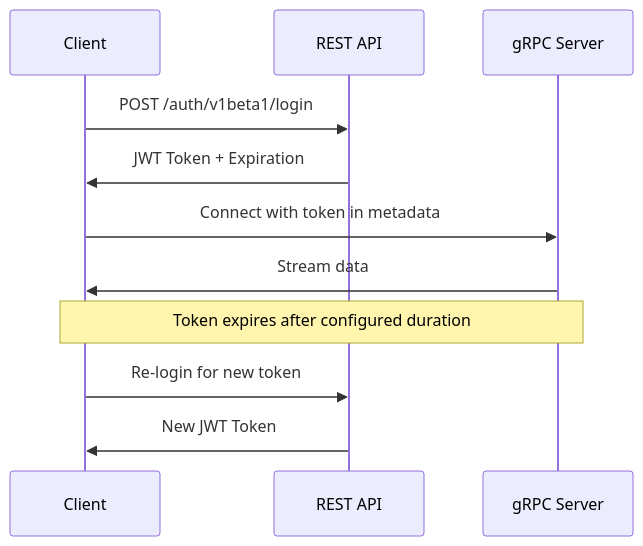
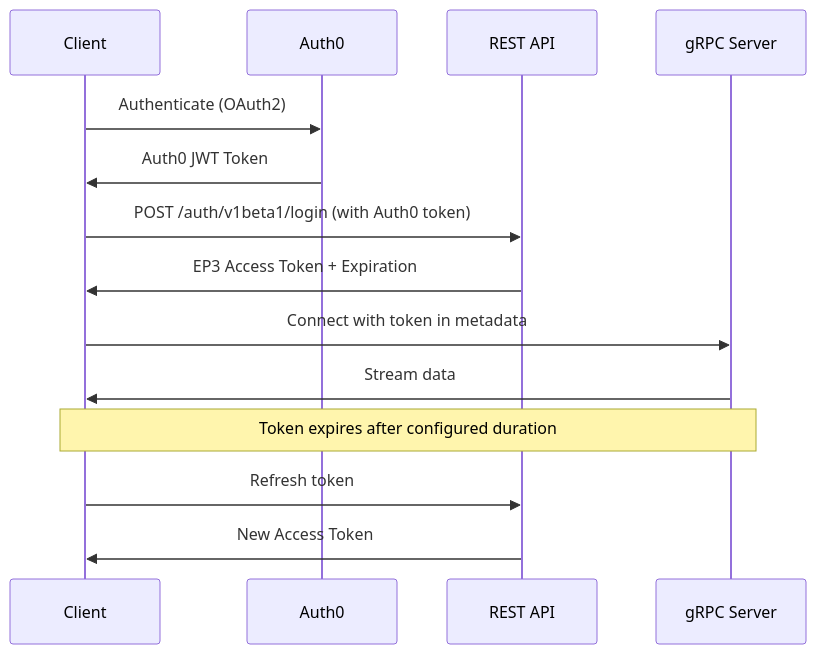
Before and after one commit to chrisr-a11y/docs: the diagram in streaming-endpoints/authentication.mdx, drawn with Mermaid. The commit also changed other lines of this file and 24 other files, not shown here.

````diff
--- a/streaming-endpoints/authentication.mdx
+++ b/streaming-endpoints/authentication.mdx
@@ -13,14 +13,17 @@
 ```mermaid
 sequenceDiagram
     participant Client
+    participant Auth0
     participant REST API
     participant gRPC Server
 
-    Client->>REST API: POST /auth/v1beta1/login
-    REST API->>Client: JWT Token + Expiration
+    Client->>Auth0: Authenticate (OAuth2)
+    Auth0->>Client: Auth0 JWT Token
+    Client->>REST API: POST /auth/v1beta1/login (with Auth0 token)
+    REST API->>Client: EP3 Access Token + Expiration
     Client->>gRPC Server: Connect with token in metadata
     gRPC Server->>Client: Stream data
     Note over Client,gRPC Server: Token expires after configured duration
-    Client->>REST API: Re-login for new token
-    REST API->>Client: New JWT Token
+    Client->>REST API: Refresh token
+    REST API->>Client: New Access Token
 ```
````
